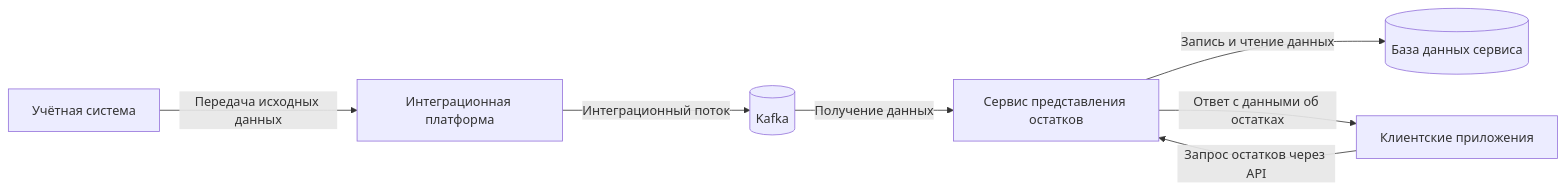
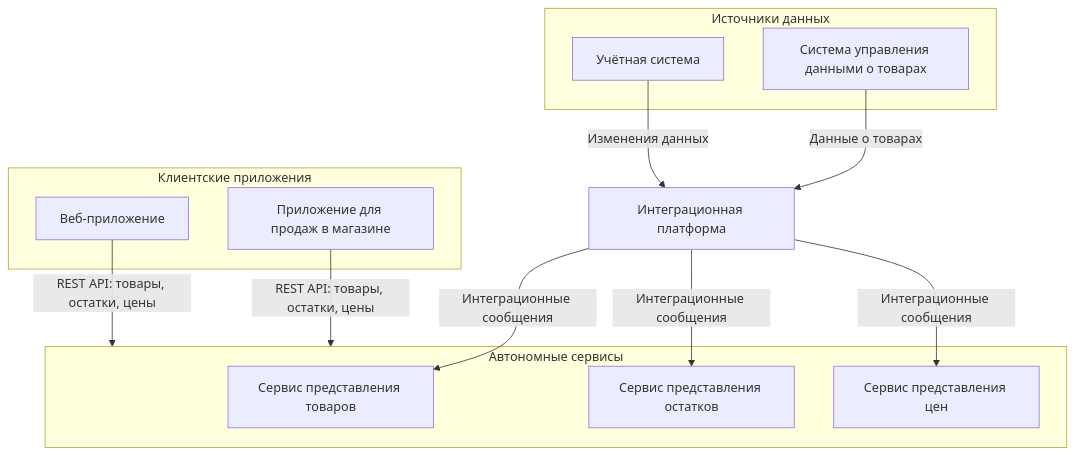
The first of 2 diagrams in cases/stock-service/c4-architecture.md (margo-soboleva/it-analyst-portfolio), drawn with Mermaid before and after one commit. The commit also changed other lines of this file, not shown here.

Commit message:
Replace generic diagram with context and container views

````diff
--- a/cases/stock-service/c4-architecture.md
+++ b/cases/stock-service/c4-architecture.md
@@ -5,16 +9,28 @@
 ```mermaid
-flowchart LR
-    ERP["Учётная система"]
-    HUB["Интеграционная платформа"]
-    KAFKA[("Kafka")]
-    SVC["Сервис представления остатков"]
-    DB[("База данных сервиса")]
-    CLIENTS["Клиентские приложения"]
+flowchart TB
+    subgraph Clients["Клиентские приложения"]
+        Web["Веб-приложение"]
+        Retail["Приложение для продаж в магазине"]
+    end
 
-    ERP -->|"Передача исходных данных"| HUB
-    HUB -->|"Интеграционный поток"| KAFKA
-    KAFKA -->|"Получение данных"| SVC
-    SVC -->|"Запись и чтение данных"| DB
-    CLIENTS -->|"Запрос остатков через API"| SVC
-    SVC -->|"Ответ с данными об остатках"| CLIENTS
+    subgraph Platform["Автономные сервисы"]
+        Product["Сервис представления товаров"]
+        Stock["Сервис представления остатков"]
+        Price["Сервис представления цен"]
+    end
+
+    subgraph Sources["Источники данных"]
+        ERP["Учётная система"]
+        PIM["Система управления данными о товарах"]
+    end
+
+    Hub["Интеграционная платформа"]
+
+    Web -->|"REST API: товары, остатки, цены"| Platform
+    Retail -->|"REST API: товары, остатки, цены"| Platform
+    ERP -->|"Изменения данных"| Hub
+    PIM -->|"Данные о товарах"| Hub
+    Hub -->|"Интеграционные сообщения"| Product
+    Hub -->|"Интеграционные сообщения"| Stock
+    Hub -->|"Интеграционные сообщения"| Price
 ```
````
